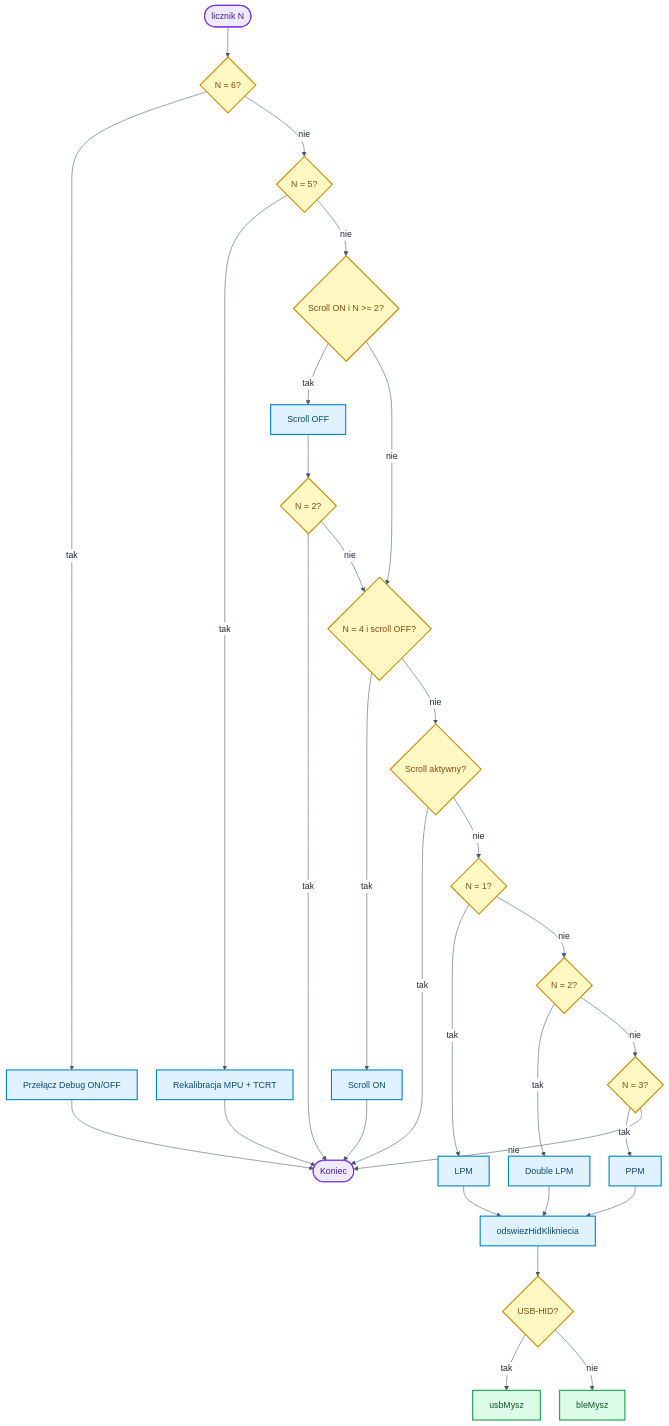
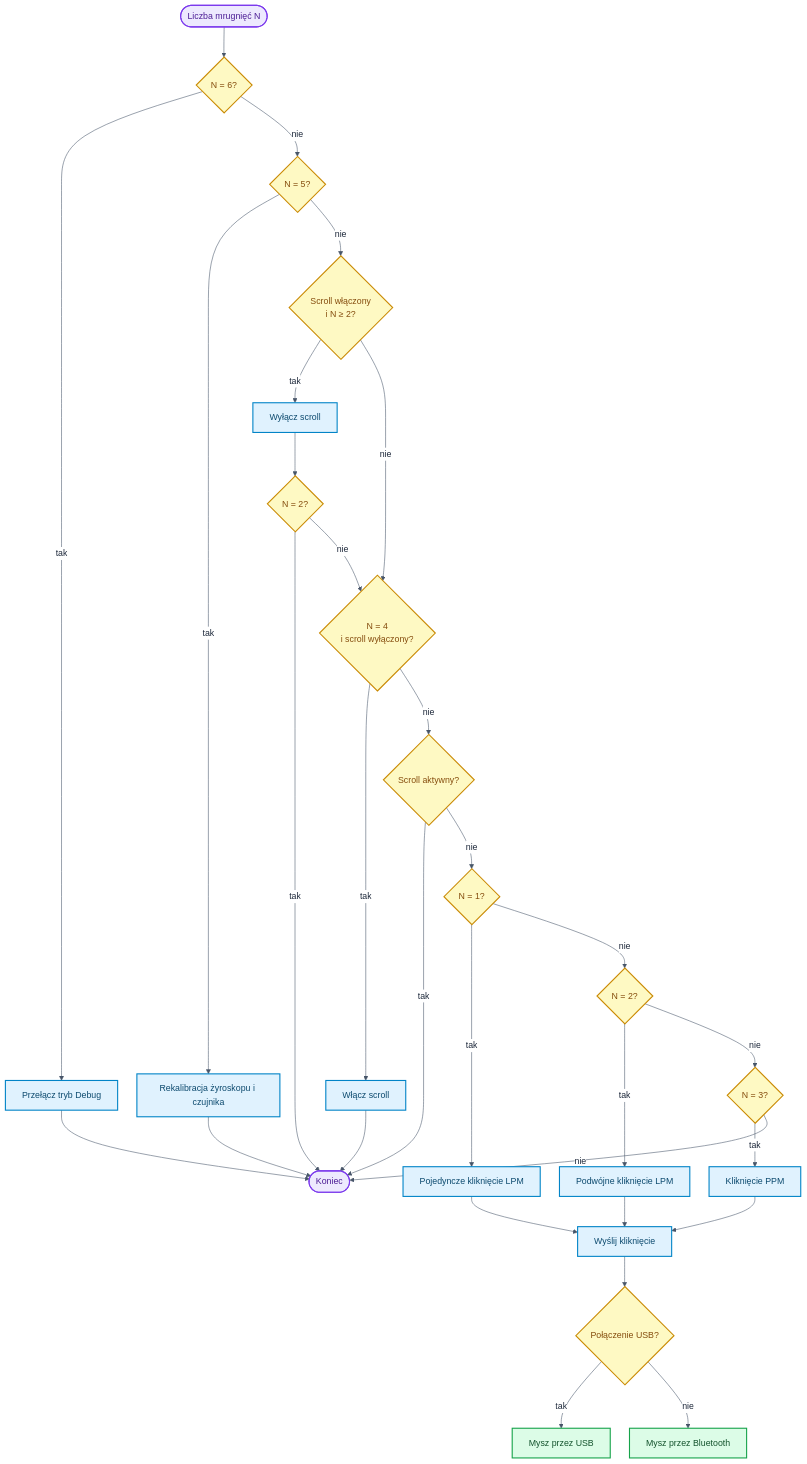
Before and after one commit to bartkadres-ai/HEFAS-4.0: the ninth of 10 diagrams in README.md, drawn with Mermaid. The commit also changed other lines of this file, not shown here.

````diff
--- a/README.md
+++ b/README.md
@@ -599,46 +599,46 @@
 ```mermaid
-%%{init: {'theme':'base','themeVariables':{'background':'#ffffff','mainBkg':'#ffffff','primaryColor':'#ffffff','primaryTextColor':'#1e293b','primaryBorderColor':'#64748b','lineColor':'#475569','edgeLabelBackground':'#ffffff'},'flowchart':{'curve':'basis','nodeSpacing':35,'rankSpacing':55}}}%%
+%%{init: {"theme":"base","themeVariables":{"background":"#ffffff","mainBkg":"#ffffff","secondaryColor":"#ffffff","tertiaryColor":"#ffffff","primaryColor":"#ffffff","primaryTextColor":"#1e293b","secondaryTextColor":"#1e293b","tertiaryTextColor":"#1e293b","primaryBorderColor":"#64748b","lineColor":"#475569","clusterBkg":"#f8fafc","clusterBorder":"#cbd5e1","edgeLabelBackground":"#ffffff","textColor":"#1e293b"},"themeCSS":".mermaid,.mermaid svg{background-color:#ffffff!important;padding:8px}.nodeLabel,.edgeLabel,.label,.cluster-label{color:#1e293b!important}.cluster rect{fill:#f8fafc!important;stroke:#cbd5e1!important}","flowchart":{"curve":"basis","nodeSpacing":35,"rankSpacing":55}}}%%
 flowchart TD
-    P([licznik N]) --> S6{N = 6?}
-    S6 -->|tak| DBG[Przełącz Debug ON/OFF]
+    P([Liczba mrugnięć N]) --> S6{N = 6?}
+    S6 -->|tak| DBG[Przełącz tryb Debug]
     S6 -->|nie| S5{N = 5?}
-    S5 -->|tak| K5[Rekalibracja MPU + TCRT]
-    S5 -->|nie| SCR{Scroll ON i N >= 2?}
+    S5 -->|tak| K5[Rekalibracja żyroskopu i czujnika]
+    S5 -->|nie| SCR{Scroll włączony<br/>i N ≥ 2?}
 
-    SCR -->|tak| SOFF[Scroll OFF]
+    SCR -->|tak| SOFF[Wyłącz scroll]
     SOFF --> S2{N = 2?}
     S2 -->|tak| PEND([Koniec])
     S2 -->|nie| S4A
 
-    SCR -->|nie| S4A{N = 4 i scroll OFF?}
-    S4A -->|tak| SON[Scroll ON]
+    SCR -->|nie| S4A{N = 4<br/>i scroll wyłączony?}
+    S4A -->|tak| SON[Włącz scroll]
     S4A -->|nie| SCRC{Scroll aktywny?}
 
     SON --> PEND
     SCRC -->|tak| PEND
     SCRC -->|nie| N1{N = 1?}
-    N1 -->|tak| LPM[LPM]
+    N1 -->|tak| LPM[Pojedyncze kliknięcie LPM]
     N1 -->|nie| N2{N = 2?}
-    N2 -->|tak| DBL[Double LPM]
+    N2 -->|tak| DBL[Podwójne kliknięcie LPM]
     N2 -->|nie| N3{N = 3?}
-    N3 -->|tak| PPM[PPM]
+    N3 -->|tak| PPM[Kliknięcie PPM]
     N3 -->|nie| PEND
 
-    LPM --> Q[odswiezHidKlikniecia]
+    LPM --> Q[Wyślij kliknięcie]
     DBL --> Q
     PPM --> Q
-    Q --> U{USB-HID?}
-    U -->|tak| USBM[usbMysz]
-    U -->|nie| BLEM[bleMysz]
+    Q --> U{Połączenie USB?}
+    U -->|tak| USBM[Mysz przez USB]
+    U -->|nie| BLEM[Mysz przez Bluetooth]
     DBG --> PEND
     K5 --> PEND
 
     classDef startEnd fill:#ede9fe,stroke:#7c3aed,stroke-width:2px,color:#4c1d95
     classDef process fill:#e0f2fe,stroke:#0284c7,stroke-width:2px,color:#0c4a6e
     classDef decision fill:#fef9c3,stroke:#ca8a04,stroke-width:2px,color:#854d0e
     classDef io fill:#dcfce7,stroke:#16a34a,stroke-width:2px,color:#14532d
     class P,PEND startEnd
     class DBG,K5,SOFF,SON,LPM,DBL,PPM,Q process
     class S6,S5,SCR,S2,S4A,SCRC,N1,N2,N3,U decision
     class USBM,BLEM io
 ```
````
